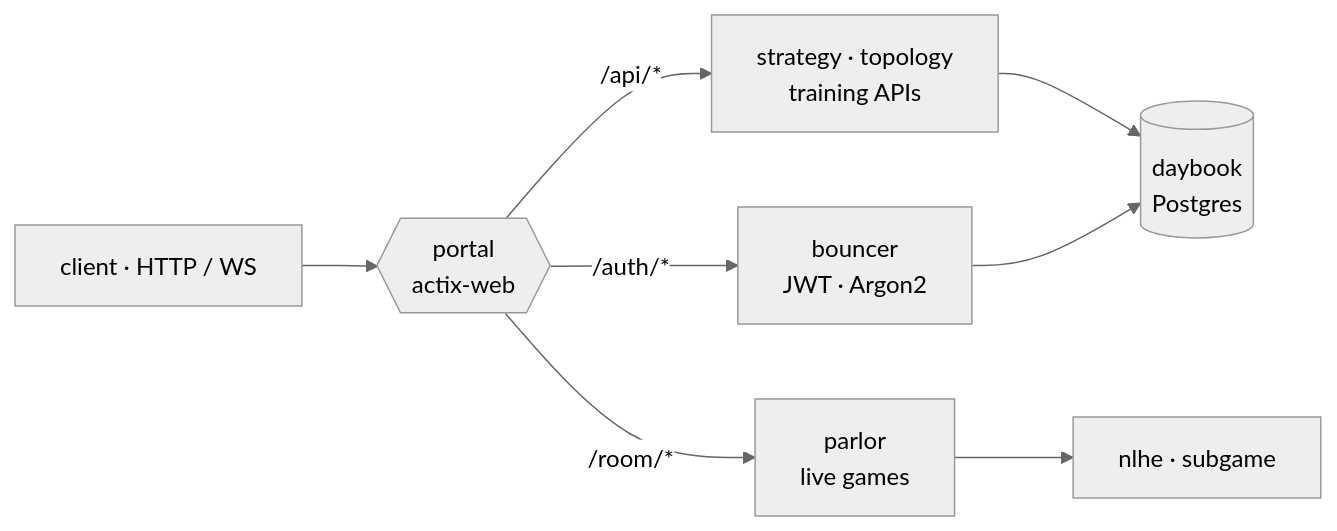
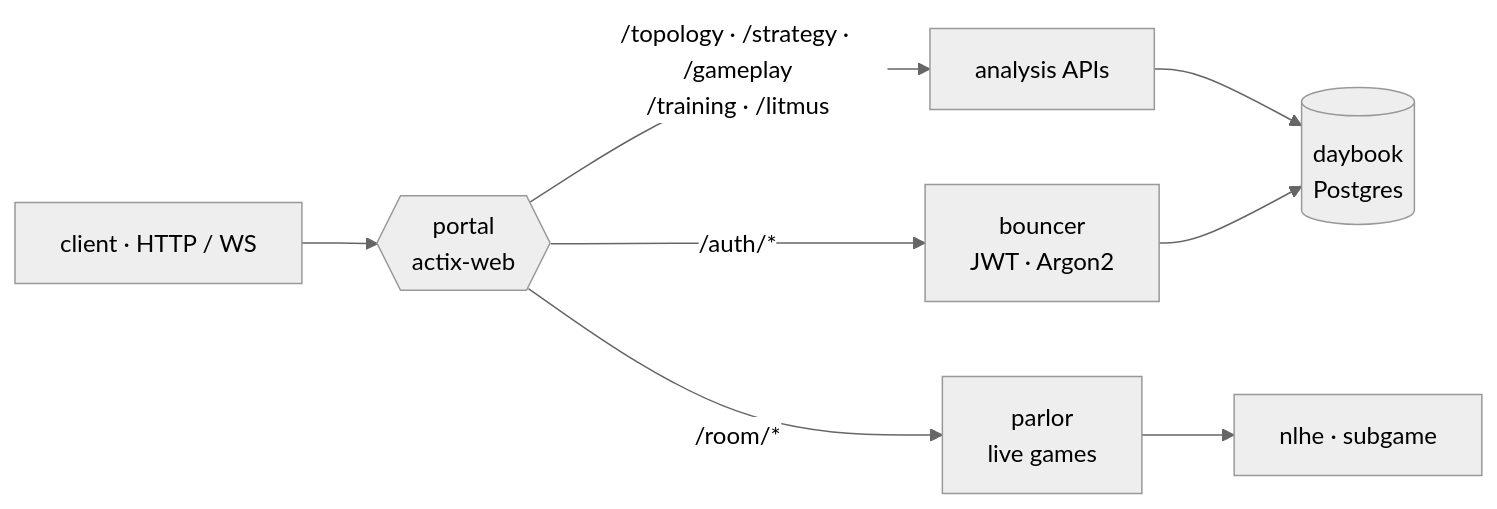
Before and after one commit to krukah/robopoker: the diagram in crates/portal/README.md, drawn with Mermaid (neutral theme). The commit also changed other lines of this file and 26 other files, not shown here.

````diff
--- a/crates/portal/README.md
+++ b/crates/portal/README.md
@@ -5,10 +5,10 @@
 ```mermaid
 flowchart LR
   C["client · HTTP / WS"] --> P{{"portal<br/>actix-web"}}
   P -->|/auth/*| B["bouncer<br/>JWT · Argon2"]
   P -->|/room/*| R["parlor<br/>live games"]
-  P -->|/api/*| A["strategy · topology<br/>training APIs"]
+  P -->|"/topology · /strategy · /gameplay<br/>/training · /litmus"| A["analysis APIs"]
   R --> N["nlhe · subgame"]
   A --> L[("daybook<br/>Postgres")]
   B --> L
 ```
````
